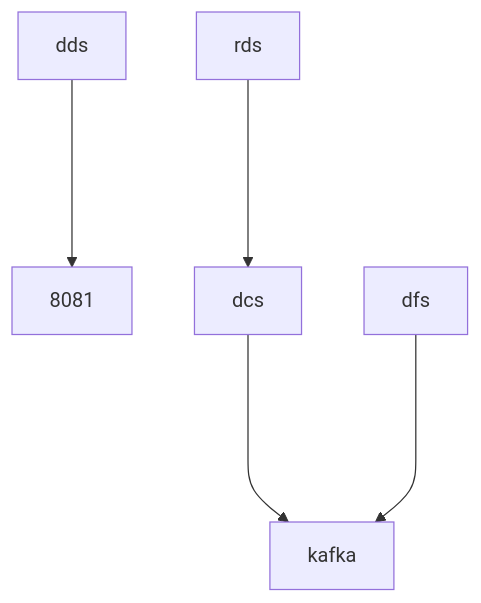
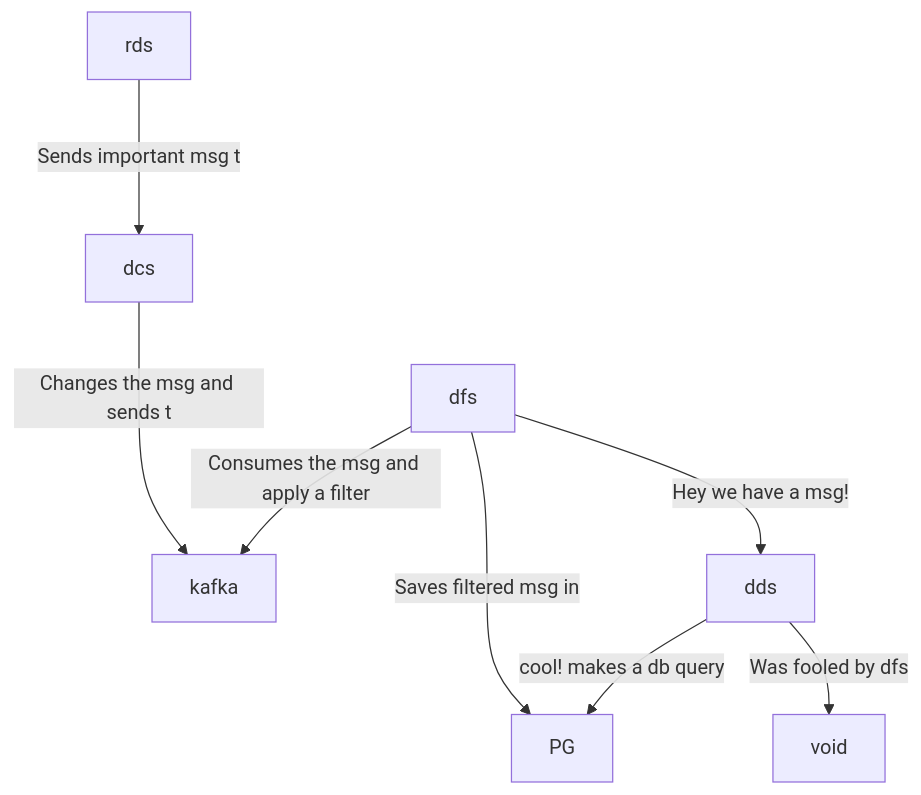
One commit to obs-nebula/hyperfoil-test changed the diagram in README.md. Above: the diagram before and after it, drawn with Mermaid. The commit also changed other lines of this file and 8 other files, not shown here.

````diff
--- a/README.md
+++ b/README.md
@@ -10,7 +13,10 @@
 ```mermaid
 graph TD;
-  rds---->dcs;
-  dcs---->kafka;
-  dfs---->kafka;
-  dds---->8081;
+  rds--Sends important msg to-->dcs;
+  dcs--Changes the msg and sends to-->kafka;
+  dfs--Consumes the msg and apply a filter-->kafka;
+  dfs--Saves filtered msg in-->PG;
+  dfs--Hey we have a msg!-->dds;
+  dds--cool! makes a db query-->PG;
+  dds--Was fooled by dfs-->void;
 ```
````
